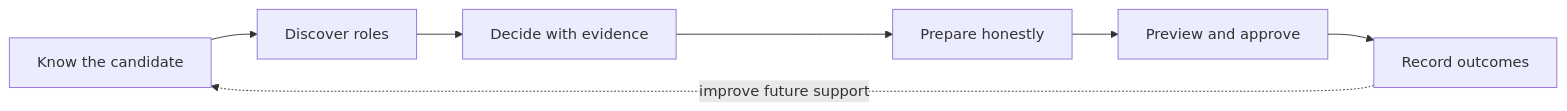
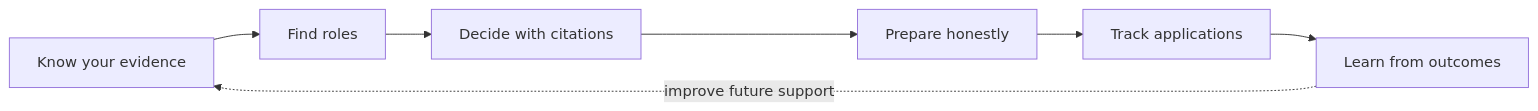
Before and after one commit to lololo-xiao/career-pilot: the first of 2 diagrams in README.md, drawn with Mermaid. The commit also changed other lines of this file and 4 other files, not shown here.

````diff
--- a/README.md
+++ b/README.md
@@ -35,9 +28,9 @@
 ```mermaid
 flowchart LR
-    KNOW[Know the candidate] --> FIND[Discover roles]
-    FIND --> DECIDE[Decide with evidence]
-    DECIDE --> PREPARE[Prepare honestly]
-    PREPARE --> APPROVE[Preview and approve]
-    APPROVE --> LEARN[Record outcomes]
+    KNOW["Know your evidence"] --> FIND["Find roles"]
+    FIND --> DECIDE["Decide with citations"]
+    DECIDE --> PREPARE["Prepare honestly"]
+    PREPARE --> TRACK["Track applications"]
+    TRACK --> LEARN["Learn from outcomes"]
     LEARN -. improve future support .-> KNOW
 ```
````
